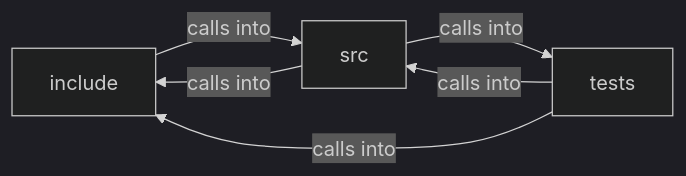
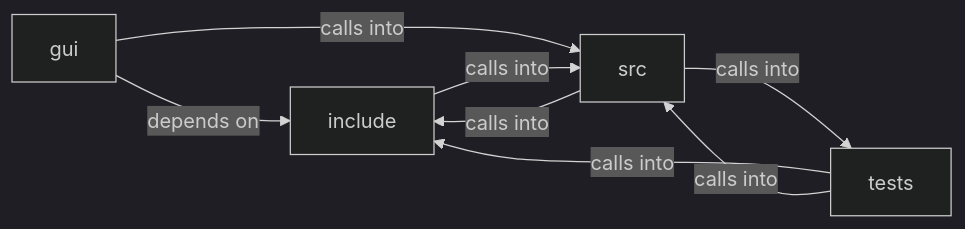
One commit to grisuno/FreeDom changed the diagram in readmenator-diagrams/src_css.md. Above: the diagram before and after it, drawn with Mermaid (dark theme). The commit also changed other lines of this file and 248 other files, not shown here.

````diff
--- a/readmenator-diagrams/src_css.md
+++ b/readmenator-diagrams/src_css.md
@@ -5,11 +5,14 @@
 ```mermaid
 graph LR
+    gui["gui"]
     include["include"]
     src["src"]
     tests["tests"]
+    gui -- "depends on" --> include
+    gui -- "calls into" --> src
     include -- "calls into" --> src
     src -- "calls into" --> include
     src -- "calls into" --> tests
     tests -- "calls into" --> include
     tests -- "calls into" --> src
 ```
````
